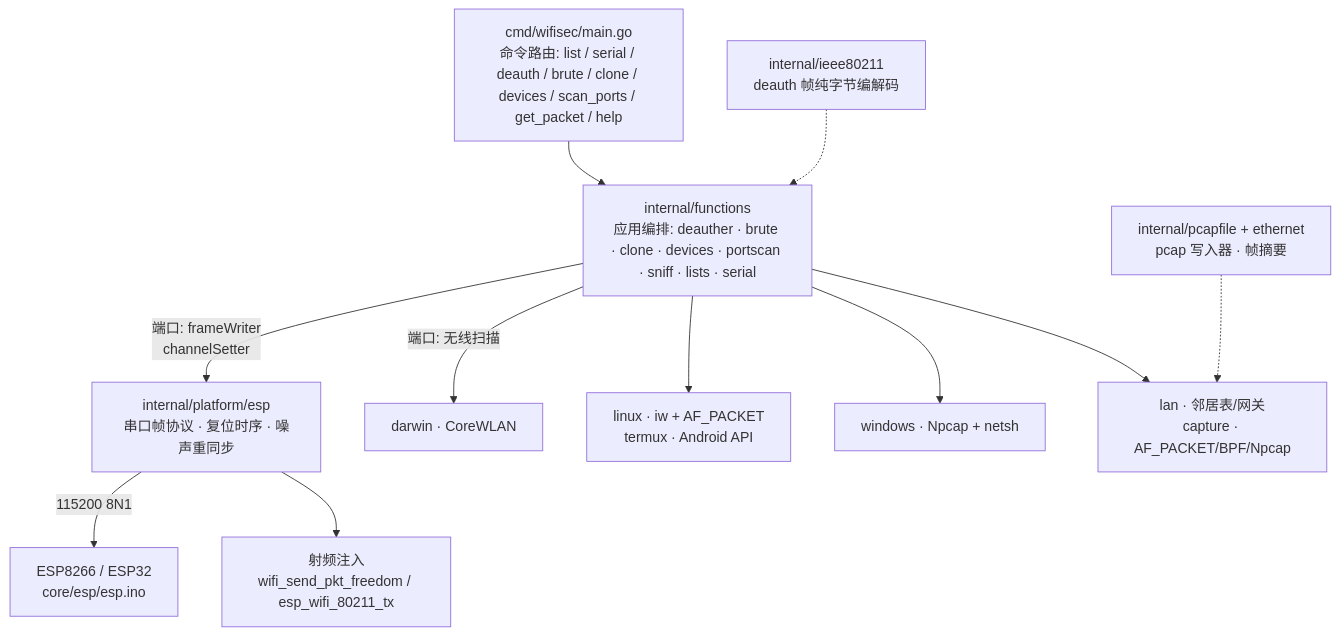
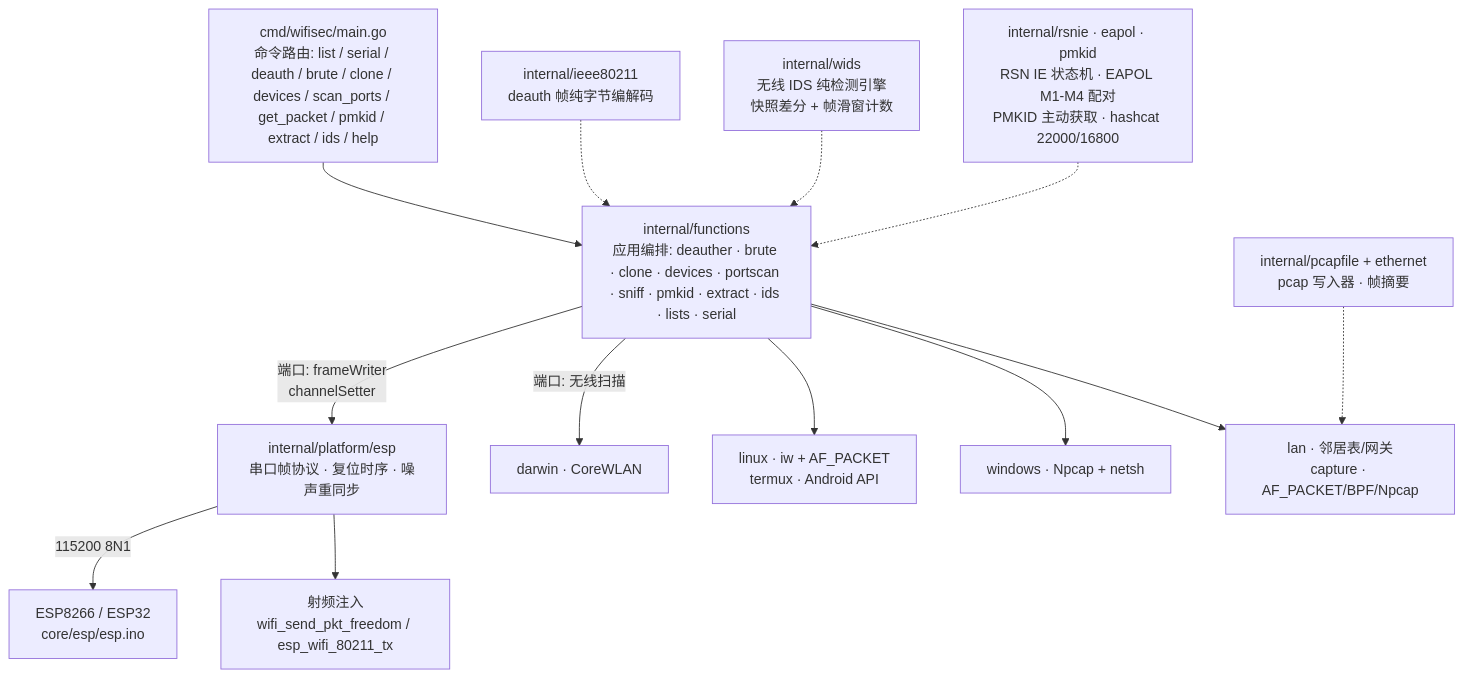
Before and after one commit to ctkqiang/wifisec: the diagram in README.md, drawn with Mermaid. The commit also changed other lines of this file and 5 other files, not shown here.

First line of the commit message:
docs: 同步 PMKID/IDS/heatmap 文档与域名迁移

````diff
--- a/README.md
+++ b/README.md
@@ -104,13 +104,15 @@
 ```mermaid
 flowchart TB
-    CLI["cmd/wifisec/main.go<br/>命令路由: list / serial / deauth / brute / clone / devices / scan_ports / get_packet / help"] --> APP["internal/functions<br/>应用编排: deauther · brute · clone · devices · portscan · sniff · lists · serial"]
+    CLI["cmd/wifisec/main.go<br/>命令路由: list / serial / deauth / brute / clone / devices / scan_ports / get_packet / pmkid / extract / ids / help"] --> APP["internal/functions<br/>应用编排: deauther · brute · clone · devices · portscan · sniff · pmkid · extract · ids · lists · serial"]
     APP -->|"端口: frameWriter<br/>channelSetter"| ESP["internal/platform/esp<br/>串口帧协议 · 复位时序 · 噪声重同步"]
     APP -->|"端口: 无线扫描"| DAR["darwin · CoreWLAN"]
     APP --> LIN["linux · iw + AF_PACKET<br/>termux · Android API"]
     APP --> WIN["windows · Npcap + netsh"]
     APP --> LAN["lan · 邻居表/网关<br/>capture · AF_PACKET/BPF/Npcap"]
     ESP -->|"115200 8N1"| HW["ESP8266 / ESP32<br/>core/esp/esp.ino"]
     IEEE["internal/ieee80211<br/>deauth 帧纯字节编解码"] -.-> APP
     PCAP["internal/pcapfile + ethernet<br/>pcap 写入器 · 帧摘要"] -.-> LAN
+    WIDS["internal/wids<br/>无线 IDS 纯检测引擎<br/>快照差分 + 帧滑窗计数"] -.-> APP
+    PMK["internal/rsnie · eapol · pmkid<br/>RSN IE 状态机 · EAPOL M1-M4 配对<br/>PMKID 主动获取 · hashcat 22000/16800"] -.-> APP
     ESP --> HW2["射频注入<br/>wifi_send_pkt_freedom / esp_wifi_80211_tx"]
 ```
````
